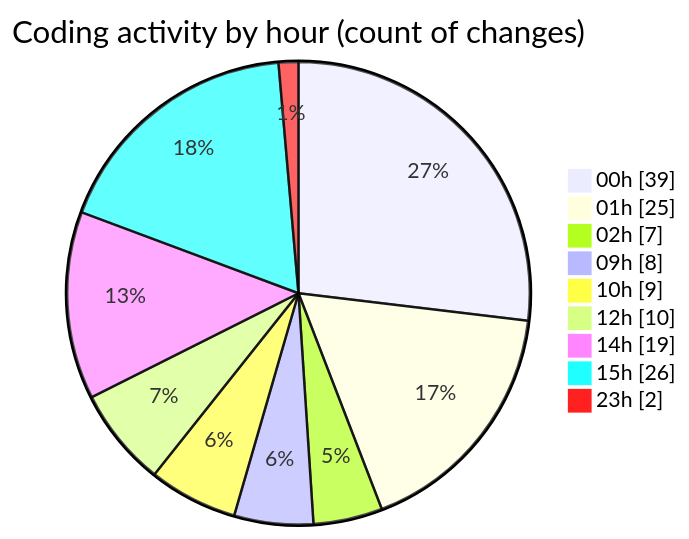
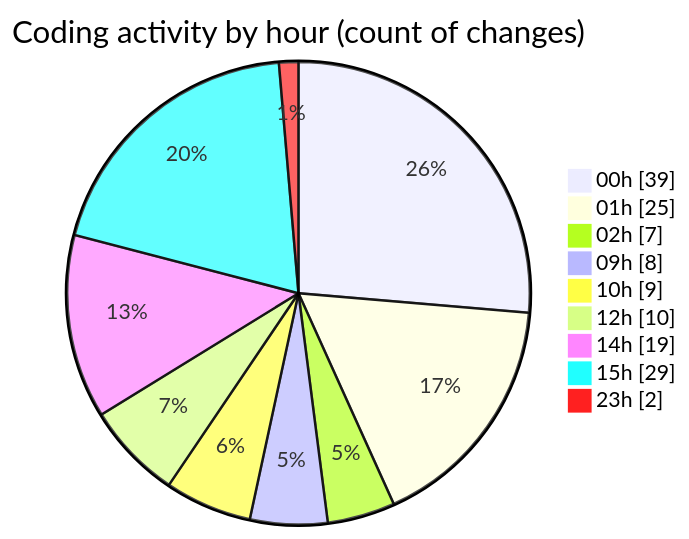
One commit to julien-gomy/code-tracking changed the second of 2 diagrams in 2025-10-10/eventscop-frontend-guide__workspace_/README.md. Above: the diagram before and after it, drawn with Mermaid. The commit also changed other lines of this file and 1 other file, not shown here.

````diff
--- a/2025-10-10/eventscop-frontend-guide__workspace_/README.md
+++ b/2025-10-10/eventscop-frontend-guide__workspace_/README.md
@@ -51,13 +51,13 @@
 ```mermaid
 pie showData
 title Coding activity by hour (count of changes)
 "00h" : 39
 "01h" : 25
 "02h" : 7
 "09h" : 8
 "10h" : 9
 "12h" : 10
 "14h" : 19
-"15h" : 26
+"15h" : 29
 "23h" : 2
 ```
````
